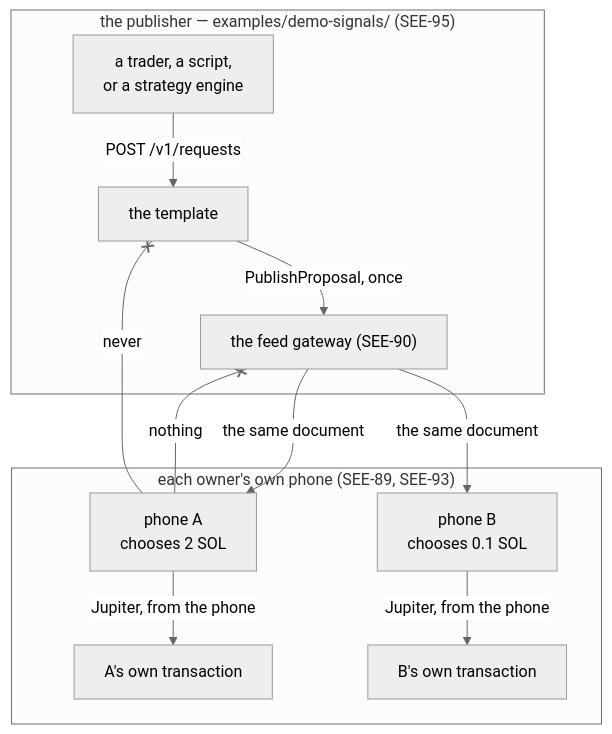
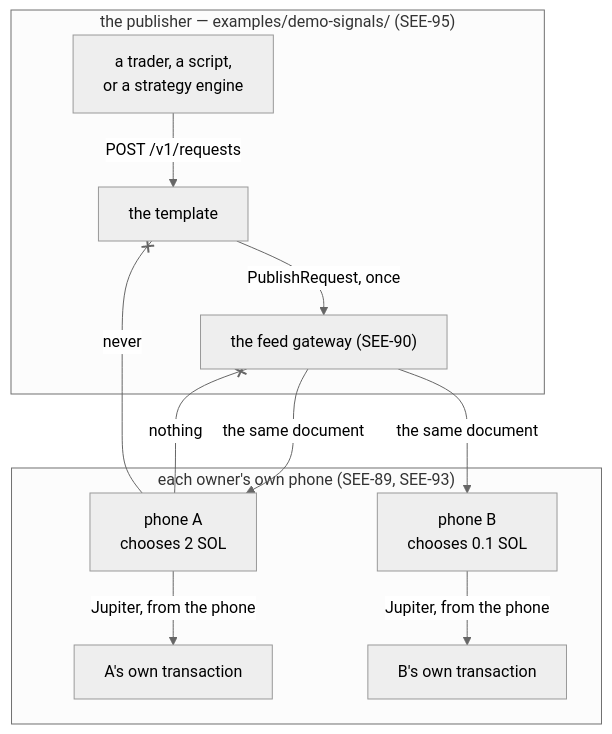
Before and after one commit to SeekerAgentConnect/sac: the diagram in docs/wiki/copytrading-template.md, drawn with Mermaid (neutral theme). The commit also changed other lines of this file and 378 other files, not shown here.

````diff
--- a/docs/wiki/copytrading-template.md
+++ b/docs/wiki/copytrading-template.md
@@ -46,16 +46,16 @@
 ```mermaid
 flowchart TB
     subgraph publisher["the publisher — examples/demo-signals/ (SEE-95)"]
         Strategy["a trader, a script,<br>or a strategy engine"] -- "POST /v1/requests" --> Template["the template"]
-        Template -- "PublishProposal, once" --> Gateway
+        Template -- "PublishRequest, once" --> Gateway
     end
     Gateway["the feed gateway (SEE-90)"]
     subgraph phones["each owner's own phone (SEE-89, SEE-93)"]
         Gateway -- "the same document" --> A["phone A<br>chooses 2 SOL"]
         Gateway -- "the same document" --> B["phone B<br>chooses 0.1 SOL"]
         A -- "Jupiter, from the phone" --> ChainA["A's own transaction"]
         B -- "Jupiter, from the phone" --> ChainB["B's own transaction"]
     end
     A -- "nothing" --x Gateway
     A -- "never" --x Template
 ```
````
